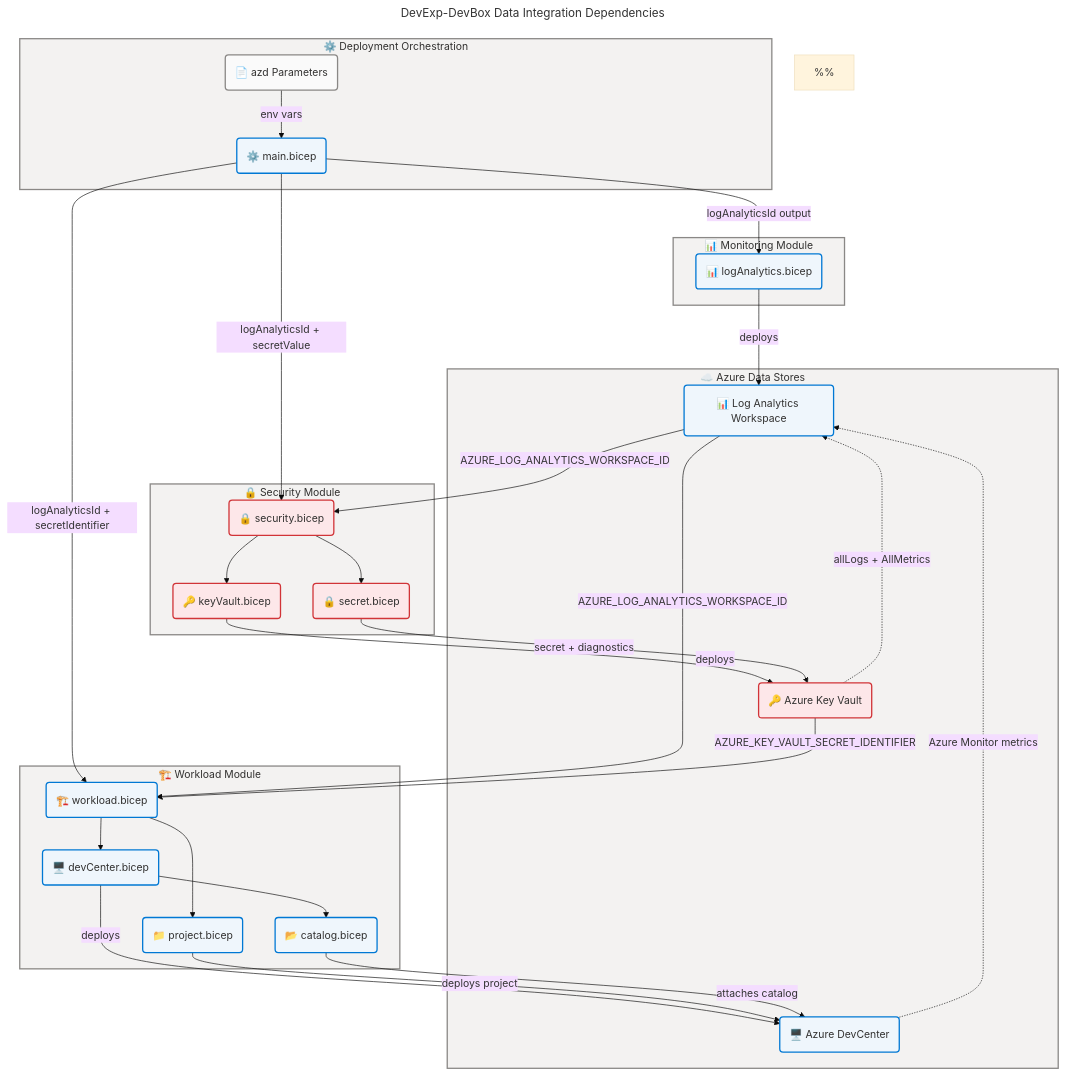
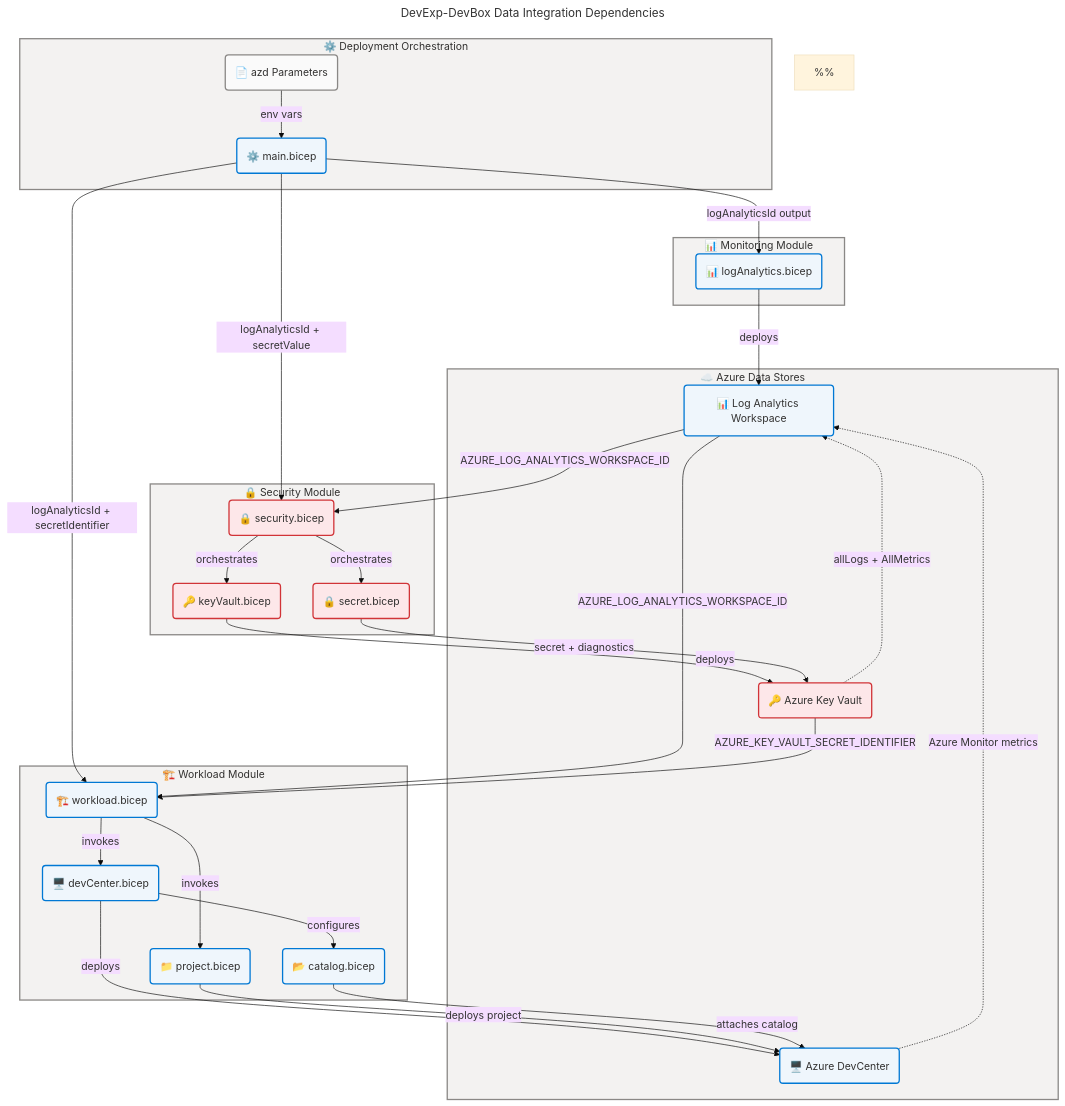
The third of 3 diagrams in docs/architecture/data-arch.md (Evilazaro/DevExp-DevBox), drawn with Mermaid before and after one commit. The commit also changed other lines of this file and 3 other files, not shown here.

First line of the commit message:
Enhance architecture documentation with detailed descriptions and WCAG compliance

```diff
--- a/docs/architecture/data-arch.md
+++ b/docs/architecture/data-arch.md
@@ -739,7 +752,7 @@
 ---
 flowchart TB
     accTitle: DevExp-DevBox Data Integration Dependencies and Module Coupling
-    accDescr: Shows the directed deployment dependency graph between Bicep modules and Azure data stores. Log Analytics must be deployed first, then Key Vault, then DevCenter. Arrows show data output-to-input relationships. Secret data flows from Key Vault to DevCenter catalog authentication. Monitoring data flows from Key Vault and DevCenter to Log Analytics via diagnostic settings.
+    accDescr: Shows the directed deployment dependency graph between Bicep modules and Azure data stores. Log Analytics must be deployed first, then Key Vault, then DevCenter. Arrows show data output-to-input relationships. Secret data flows from Key Vault to DevCenter catalog authentication. Monitoring data flows from Key Vault and DevCenter to Log Analytics via diagnostic settings. Nodes: MAIN=core, PARAMS=neutral, MONBICEP=core, SECBICEP=danger, KVBICEP=danger, SECBICEP2=danger, WORKBICEP=core, DCBICEP=core, PROJBICEP=core, CATBICEP=core, LA=core, KV=danger, DC=core. WCAG AA compliant.
 
     %%
     %% AZURE / FLUENT ARCHITECTURE PATTERN v2.0
@@ -789,15 +802,15 @@
     LA -->|"AZURE_LOG_ANALYTICS_WORKSPACE_ID"| SECBICEP
     LA -->|"AZURE_LOG_ANALYTICS_WORKSPACE_ID"| WORKBICEP
 
-    SECBICEP --> KVBICEP
-    SECBICEP --> SECBICEP2
+    SECBICEP -->|orchestrates| KVBICEP
+    SECBICEP -->|orchestrates| SECBICEP2
     KVBICEP -->|"deploys"| KV
     SECBICEP2 -->|"secret + diagnostics"| KV
     KV -->|"AZURE_KEY_VAULT_SECRET_IDENTIFIER"| WORKBICEP
 
-    WORKBICEP --> DCBICEP
-    WORKBICEP --> PROJBICEP
-    DCBICEP --> CATBICEP
+    WORKBICEP -->|invokes| DCBICEP
+    WORKBICEP -->|invokes| PROJBICEP
+    DCBICEP -->|configures| CATBICEP
     DCBICEP -->|"deploys"| DC
     PROJBICEP -->|"deploys project"| DC
     CATBICEP -->|"attaches catalog"| DC
```
